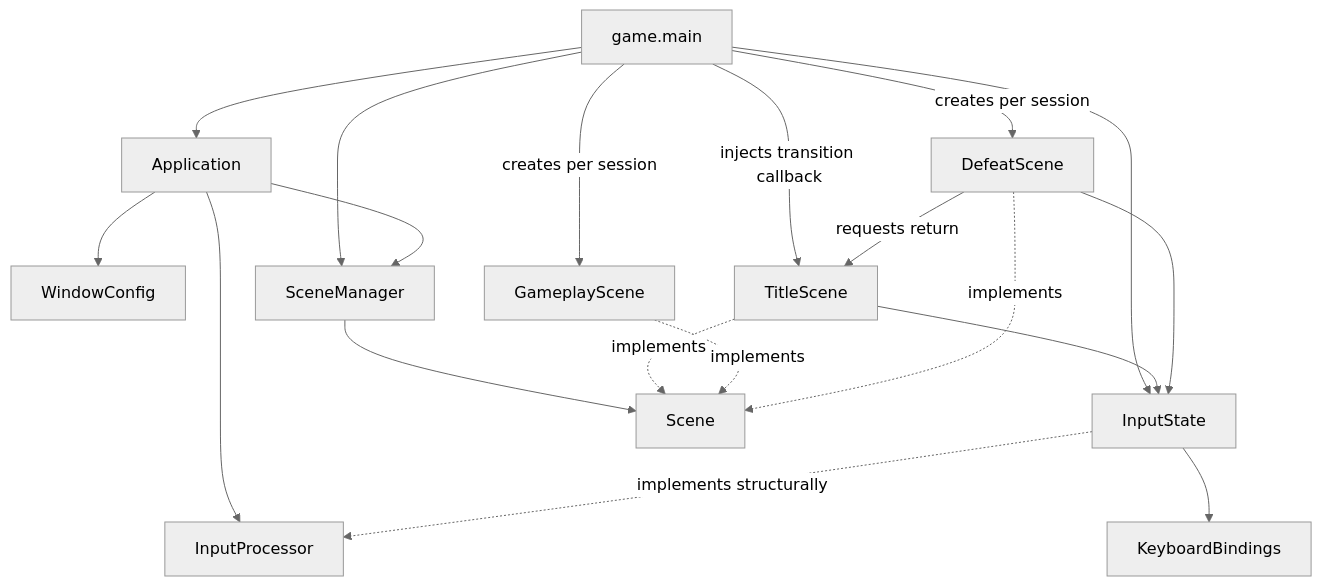
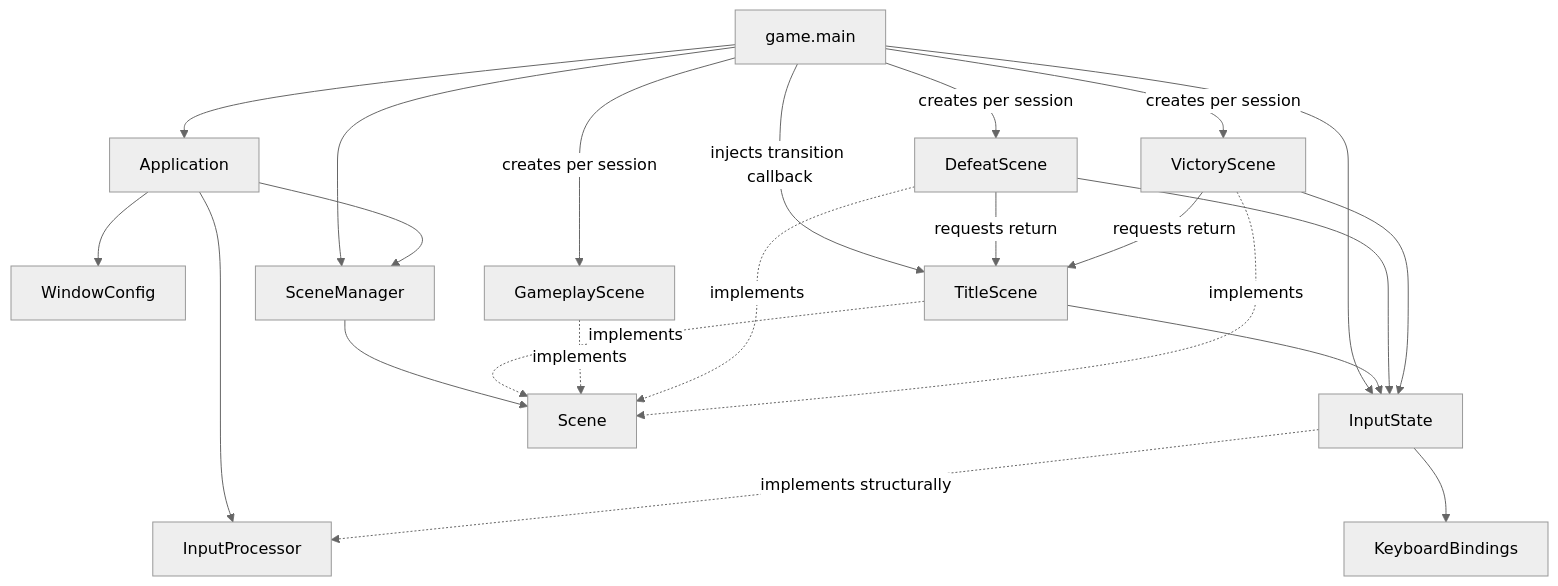
Before and after one commit to VincentMardon/my_first_adventure_game: the first of 3 diagrams in docs/architecture/overview.md, drawn with Mermaid (neutral theme). The commit also changed other lines of this file and 9 other files, not shown here.

Commit message:
feat(game): add victory condition and result scene

````diff
--- a/docs/architecture/overview.md
+++ b/docs/architecture/overview.md
@@ -182,36 +185,41 @@
 ```mermaid
 flowchart TD
     GameMain["game.main"]
     Application["Application"]
     WindowConfig["WindowConfig"]
     InputProcessor["InputProcessor"]
     InputState["InputState"]
     KeyboardBindings["KeyboardBindings"]
     SceneManager["SceneManager"]
     Scene["Scene"]
     TitleScene["TitleScene"]
     GameplayScene["GameplayScene"]
     DefeatScene["DefeatScene"]
+    VictoryScene["VictoryScene"]
 
     GameMain --> Application
     GameMain --> InputState
     GameMain --> SceneManager
     GameMain -->|"injects transition callback"| TitleScene
     GameMain -->|"creates per session"| GameplayScene
     GameMain -->|"creates per session"| DefeatScene
+    GameMain -->|"creates per session"| VictoryScene
 
     Application --> WindowConfig
     Application --> InputProcessor
     Application --> SceneManager
 
     TitleScene --> InputState
     DefeatScene --> InputState
     DefeatScene -->|"requests return"| TitleScene
+    VictoryScene --> InputState
+    VictoryScene -->|"requests return"| TitleScene
 
     InputState -. "implements structurally" .-> InputProcessor
     InputState --> KeyboardBindings
     SceneManager --> Scene
     TitleScene -. "implements" .-> Scene
     GameplayScene -. "implements" .-> Scene
     DefeatScene -. "implements" .-> Scene
+    VictoryScene -. "implements" .-> Scene
 ```
````
